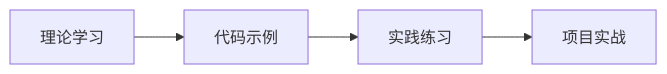
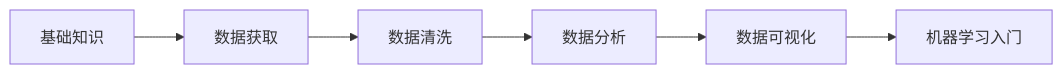
One commit to wayyoungboy/github-trending-reporter changed the eighth of 8 diagrams in reports/2026/01/2026-01-22.md. Above: the diagram before and after it, drawn with Mermaid. The commit also changed other lines of this file and 1 other file, not shown here.

````diff
--- a/reports/2026/01/2026-01-22.md
+++ b/reports/2026/01/2026-01-22.md
@@ -410,6 +427,8 @@
 ```mermaid
 graph LR
-    A[理论学习] --> B[代码示例]
-    B --> C[实践练习]
-    C --> D[项目实战]
+    A[基础知识] --> B[数据获取]
+    B --> C[数据清洗]
+    C --> D[数据分析]
+    D --> E[数据可视化]
+    E --> F[机器学习入门]
 ```
````
